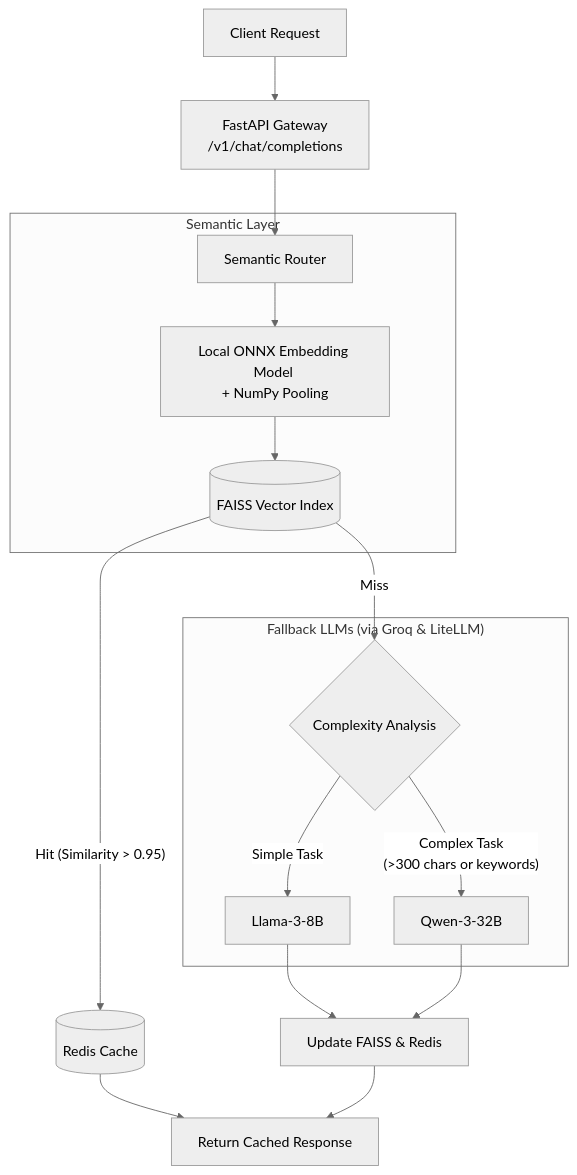
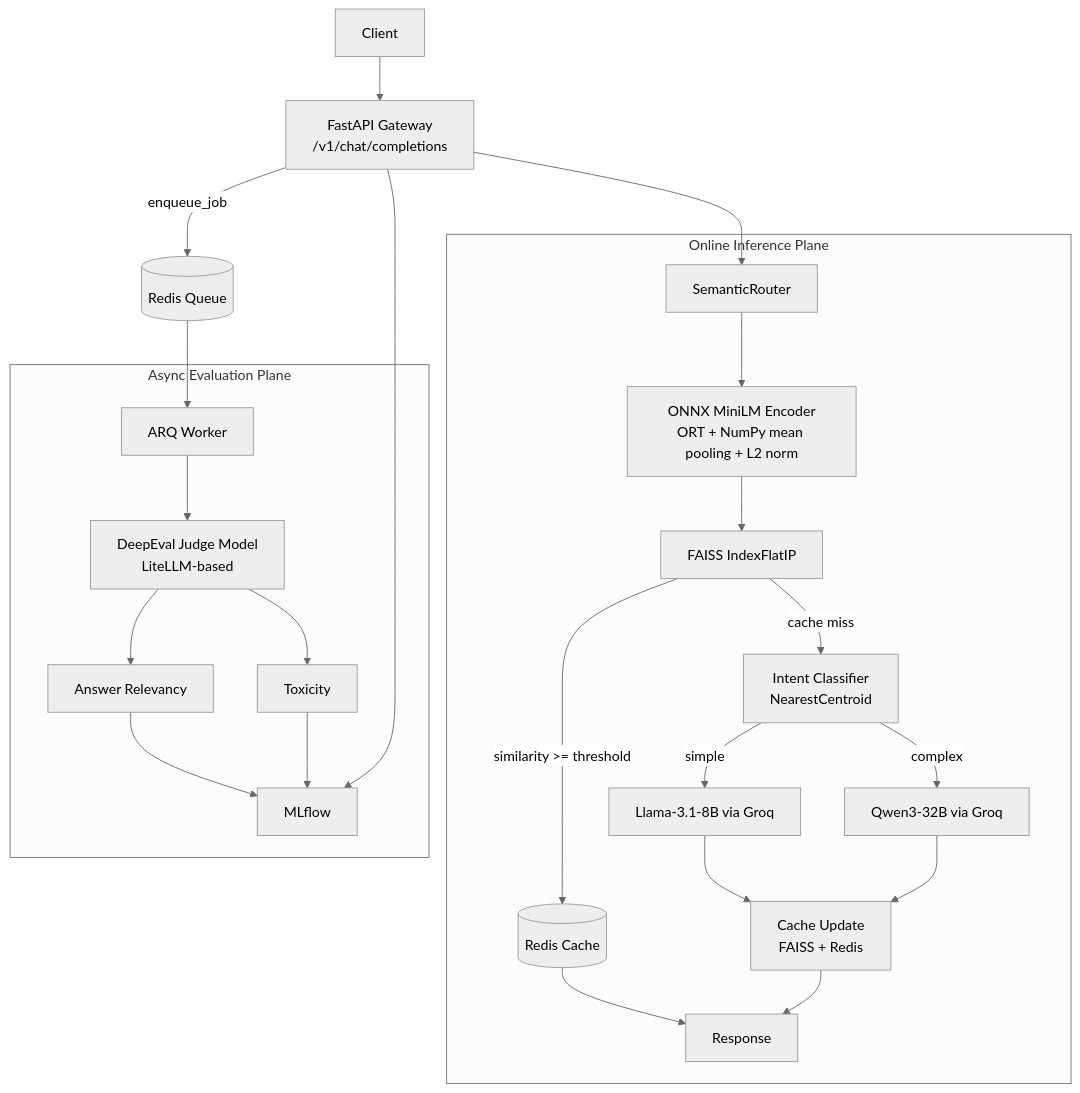
Before and after one commit to Ajeetkrup/Omni-Router: the diagram in README.md, drawn with Mermaid (neutral theme). The commit also changed other lines of this file and 11 other files, not shown here.

Commit message:
added custom trained routing model, integrated deepeval and mlflow

````diff
--- a/README.md
+++ b/README.md
@@ -15,24 +16,32 @@
 ```mermaid
-graph TD
-    Client[Client Request] --> FastAPI[FastAPI Gateway \n/v1/chat/completions]
-    FastAPI --> Router[Semantic Router]
-    
-    subgraph Semantic_Layer ["Semantic Layer"]
-        Router --> Embedding[Local ONNX Embedding Model \n+ NumPy Pooling]
-        Embedding --> FAISS[(FAISS Vector Index)]
+flowchart TD
+    C[Client] --> G[FastAPI Gateway<br/>/v1/chat/completions]
+    G --> R[SemanticRouter]
+
+    subgraph Online Inference Plane
+      R --> E[ONNX MiniLM Encoder<br/>ORT + NumPy mean pooling + L2 norm]
+      E --> F[FAISS IndexFlatIP]
+      F -->|similarity >= threshold| RC[(Redis Cache)]
+      RC --> RESP[Response]
+
+      F -->|cache miss| IC[Intent Classifier<br/>NearestCentroid]
+      IC -->|simple| L1[Llama-3.1-8B via Groq]
+      IC -->|complex| L2[Qwen3-32B via Groq]
+      L1 --> U[Cache Update<br/>FAISS + Redis]
+      L2 --> U
+      U --> RESP
     end
-    
-    FAISS -- "Hit (Similarity > 0.95)" --> Redis[(Redis Cache)]
-    Redis --> Response[Return Cached Response]
-    
-    FAISS -- "Miss" --> ComplexityLogic{Complexity Analysis}
-    
-    subgraph Fallback_LLMs ["Fallback LLMs (via Groq & LiteLLM)"]
-        ComplexityLogic -- "Simple Task" --> Llama3[Llama-3-8B]
-        ComplexityLogic -- "Complex Task \n(>300 chars or keywords)" --> Qwen3[Qwen-3-32B]
+
+    G -->|enqueue_job| Q[(Redis Queue)]
+    Q --> W[ARQ Worker]
+
+    subgraph Async Evaluation Plane
+      W --> J[DeepEval Judge Model<br/>LiteLLM-based]
+      J --> M1[Answer Relevancy]
+      J --> M2[Toxicity]
+      M1 --> ML[MLflow]
+      M2 --> ML
     end
-    
-    Llama3 --> CacheUpdate[Update FAISS & Redis]
-    Qwen3 --> CacheUpdate
-    CacheUpdate --> Response
+
+    G --> ML
 ```
````
